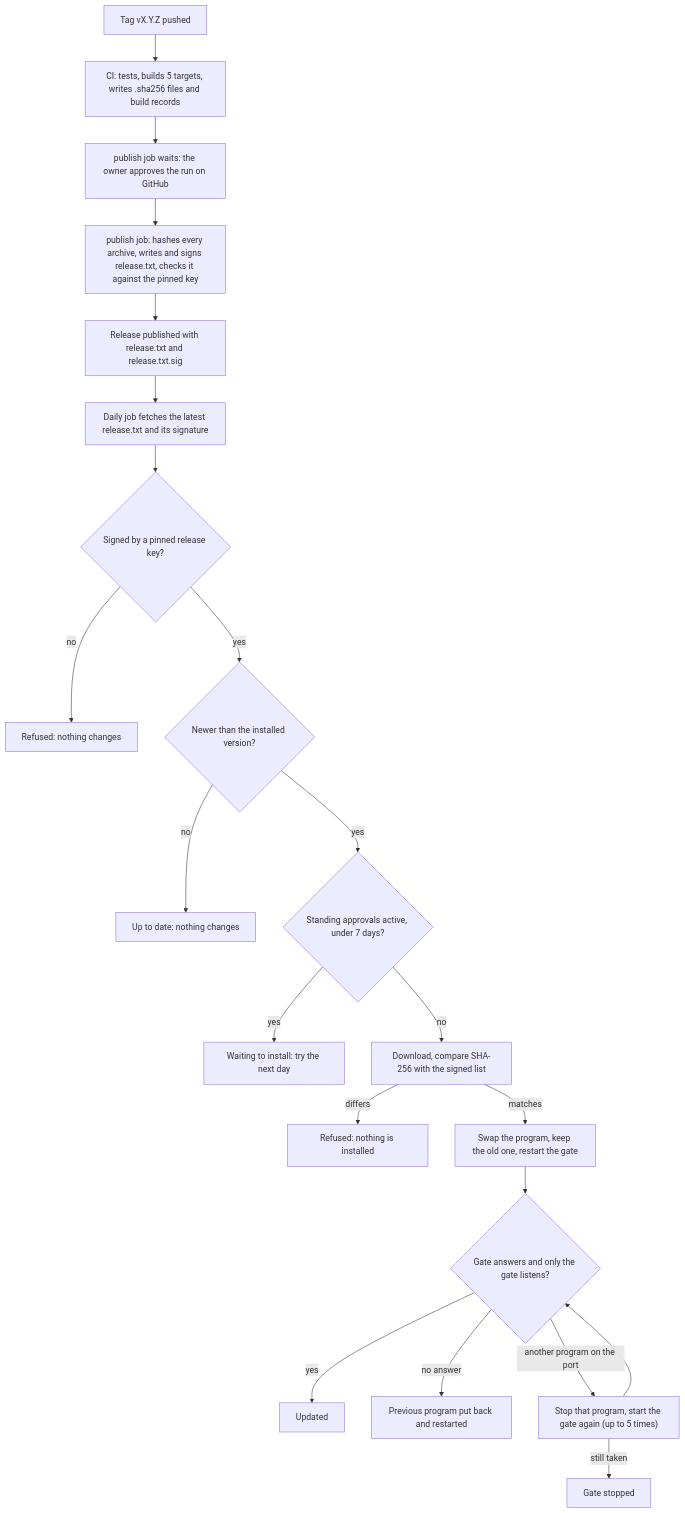
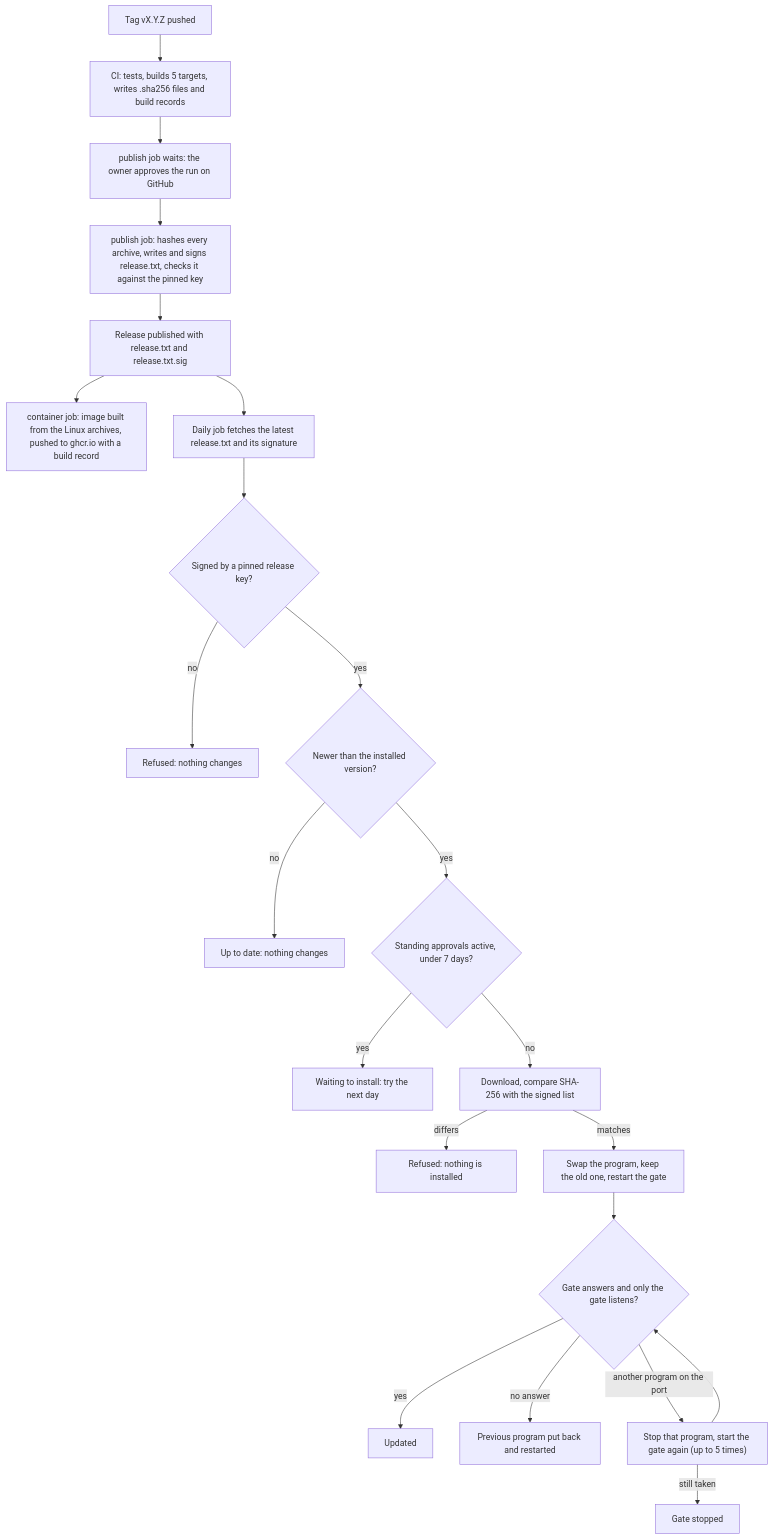
Before and after one commit to Phygital-Key/phygital-key: the fourth of 4 diagrams in docs/architecture.md, drawn with Mermaid. The commit also changed other lines of this file and 8 other files, not shown here.

Commit message:
Docs: container image across getting started, reference, FAQ, testing, contributing, security, threat model, architecture, AGENTS

````diff
--- a/docs/architecture.md
+++ b/docs/architecture.md
@@ -313,23 +314,24 @@
 ```mermaid
 flowchart TD
     T["Tag vX.Y.Z pushed"] --> B["CI: tests, builds 5 targets, writes .sha256 files and build records"]
     B --> A["publish job waits: the owner approves the run on GitHub"]
     A --> S["publish job: hashes every archive, writes and signs release.txt, checks it against the pinned key"]
     S --> P["Release published with release.txt and release.txt.sig"]
+    P --> IMG["container job: image built from the Linux archives, pushed to ghcr.io with a build record"]
     P --> F["Daily job fetches the latest release.txt and its signature"]
     F --> K{"Signed by a pinned release key?"}
     K -- no --> R1["Refused: nothing changes"]
     K -- yes --> N{"Newer than the installed version?"}
     N -- no --> U["Up to date: nothing changes"]
     N -- yes --> SA{"Standing approvals active, under 7 days?"}
     SA -- yes --> WT["Waiting to install: try the next day"]
     SA -- no --> H["Download, compare SHA-256 with the signed list"]
     H -- "differs" --> R2["Refused: nothing is installed"]
     H -- "matches" --> W["Swap the program, keep the old one, restart the gate"]
     W --> C{"Gate answers and only the gate listens?"}
     C -- yes --> OK["Updated"]
     C -- "no answer" --> BACK["Previous program put back and restarted"]
     C -- "another program on the port" --> KILL["Stop that program, start the gate again (up to 5 times)"]
     KILL --> C
     KILL -- "still taken" --> STOP["Gate stopped"]
 ```
````
